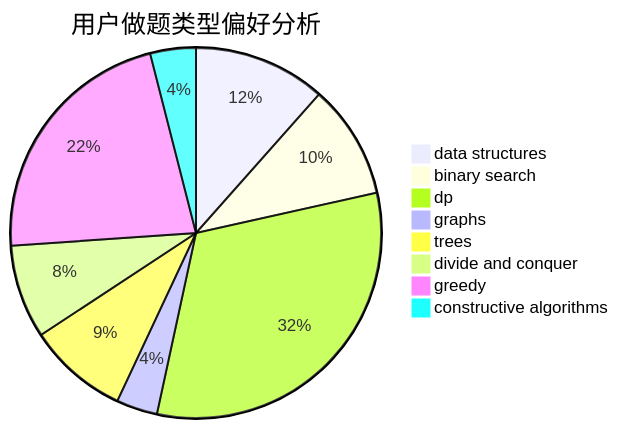
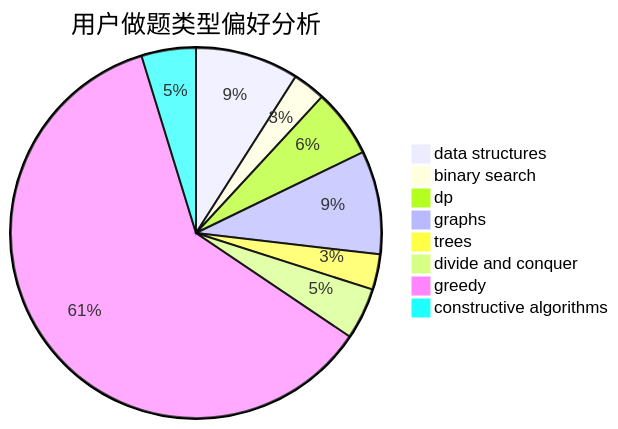
One commit to sherpahu/cfrs.github.io changed the second of 3 diagrams in docs/user/u321.md. Above: the diagram before and after it, drawn with Mermaid. The commit also changed other lines of this file and 2770 other files, not shown here.

````diff
--- a/docs/user/u321.md
+++ b/docs/user/u321.md
@@ -23,11 +23,11 @@
 ```mermaid
 pie title 用户做题类型偏好分析
-    "data structures" :  58
-    "binary search" :  50
-    "dp" :  160
-    "graphs" :  18
-    "trees" :  44
-    "divide and conquer" :  41
-    "greedy" :  111
+    "data structures" :  38
+    "binary search" :  12
+    "dp" :  25
+    "graphs" :  38
+    "trees" :  13
+    "divide and conquer" :  19
+    "greedy" :  256
     "constructive algorithms" :  20
 ```
````
